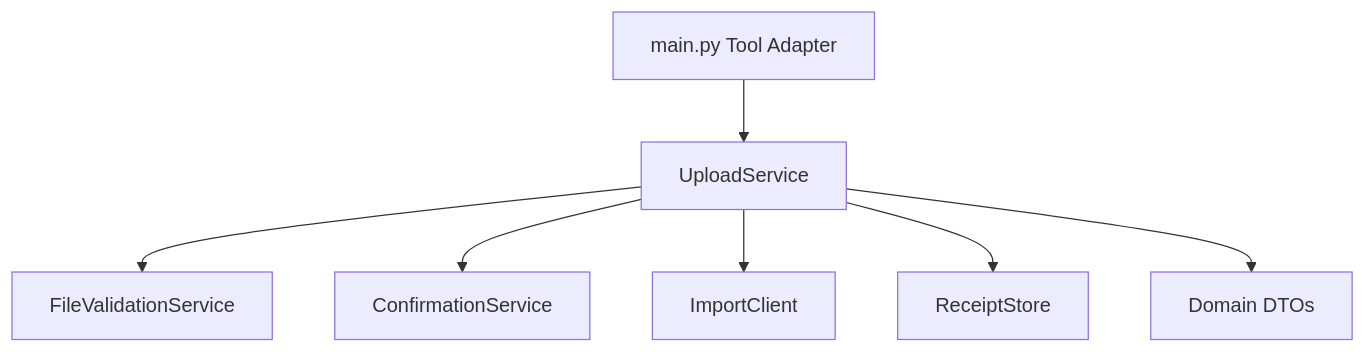
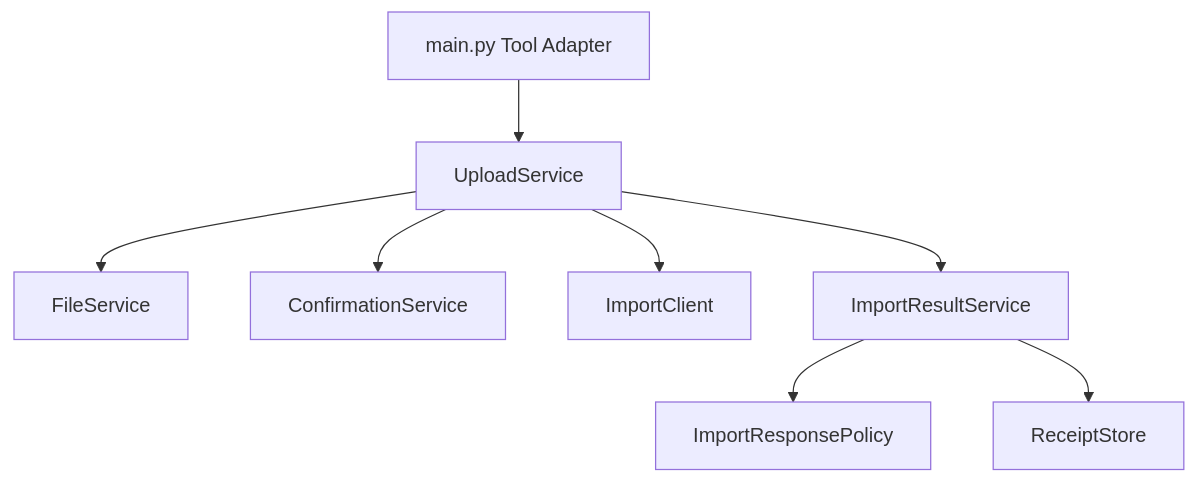
Before and after one commit to Ri0n72Y/ContractBotConfig: the second of 2 diagrams in docs/review/refactor-target.md, drawn with Mermaid. The commit also changed other lines of this file and 43 other files, not shown here.

````diff
--- a/docs/review/refactor-target.md
+++ b/docs/review/refactor-target.md
@@ -90,17 +80,19 @@
 ```mermaid
 flowchart TD
     Main[main.py Tool Adapter]
     UploadService[UploadService]
-    Validator[FileValidationService]
+    Validator[FileService]
     Confirmation[ConfirmationService]
     ImportClient[ImportClient]
+    ResponsePolicy[ImportResponsePolicy]
+    ResultService[ImportResultService]
     ReceiptStore[ReceiptStore]
-    Domain[Domain DTOs]
 
     Main --> UploadService
     UploadService --> Validator
     UploadService --> Confirmation
     UploadService --> ImportClient
-    UploadService --> ReceiptStore
-    UploadService --> Domain
+    UploadService --> ResultService
+    ResultService --> ResponsePolicy
+    ResultService --> ReceiptStore
 ```
````
